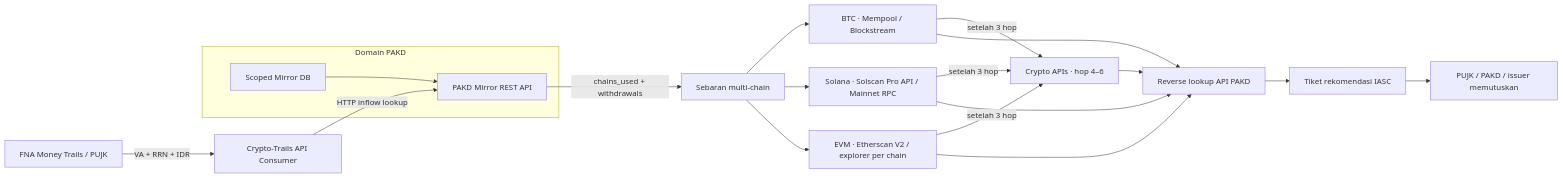
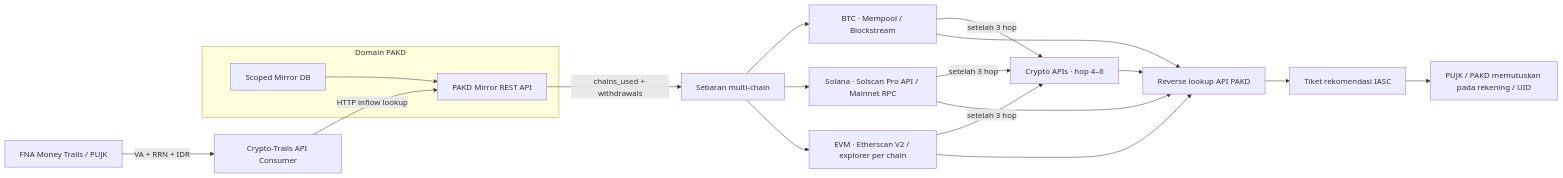
Before and after one commit to cesartputra/crypto-trails: the diagram in README.md, drawn with Mermaid. The commit also changed other lines of this file and 13 other files, not shown here.

Commit message:
Restrict freeze recommendations to verified PUJK and PAKD UID accounts

````diff
--- a/README.md
+++ b/README.md
@@ -27,21 +27,21 @@
 ```mermaid
 flowchart LR
   F[FNA Money Trails / PUJK] -->|VA + RRN + IDR| C[Crypto-Trails API Consumer]
   subgraph P[Domain PAKD]
     M[Scoped Mirror DB] --> A[PAKD Mirror REST API]
   end
   C -->|HTTP inflow lookup| A
   A -->|chains_used + withdrawals| D[Sebaran multi-chain]
   D --> B[BTC · Mempool / Blockstream]
   D --> S[Solana · Solscan Pro API / Mainnet RPC]
   D --> E[EVM · Etherscan V2 / explorer per chain]
   B -->|setelah 3 hop| H[Crypto APIs · hop 4–6]
   S -->|setelah 3 hop| H
   E -->|setelah 3 hop| H
   H --> R
   B --> R[Reverse lookup API PAKD]
   S --> R
   E --> R
   R --> T[Tiket rekomendasi IASC]
-  T --> I[PUJK / PAKD / issuer memutuskan]
+  T --> I[PUJK / PAKD memutuskan pada rekening / UID]
 ```
````
